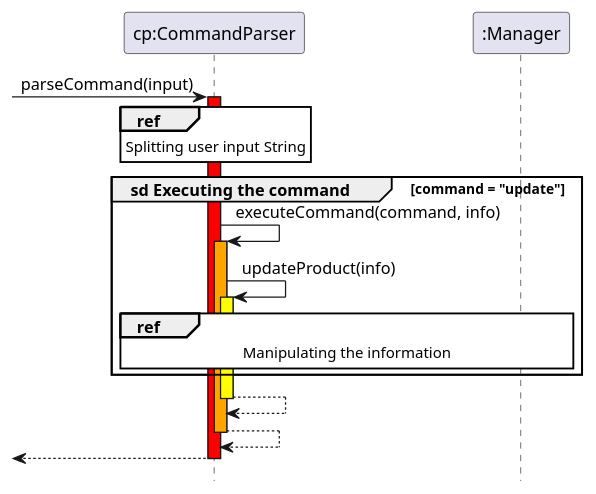
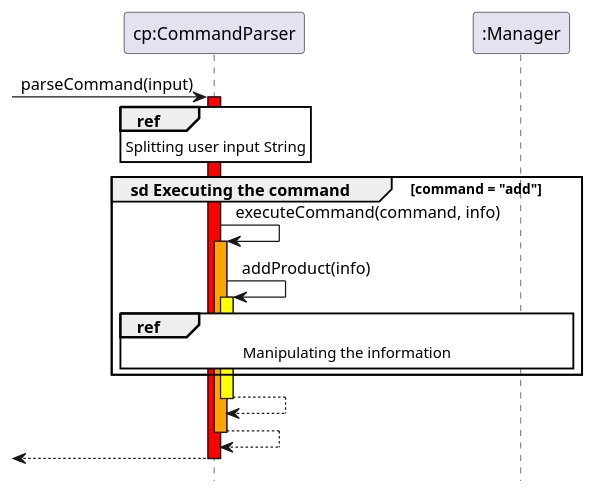
The diagram in docs/diagrams/CommandParser_Ref2.puml (AY2425S2-CS2113-F11-1/tp), drawn with PlantUML before and after one commit. The commit also changed 8 other files, not shown here.

```diff
--- a/docs/diagrams/CommandParser_Ref2.puml
+++ b/docs/diagrams/CommandParser_Ref2.puml
@@ -1,27 +1,27 @@
 @startuml
  hide footbox
  skinparam sequenceReferenceBackgroundColor #
 
  participant "cp:CommandParser" as cp
  participant ":Manager" as m
 
  -> cp ++ #red: parseCommand(input)
 
  ref over cp
      Splitting user input String
  end ref
 
- group sd Executing the command [command = "update"]
+ group sd Executing the command [command = "add"]
      cp -> cp ++ #orange : executeCommand(command, info)
-     cp -> cp ++ #yellow : updateProduct(info)
+     cp -> cp ++ #yellow : addProduct(info)
 
      ref over cp, m
          Manipulating the information
      end ref
  end
 
  return
  return
  return
 
  @enduml
```
